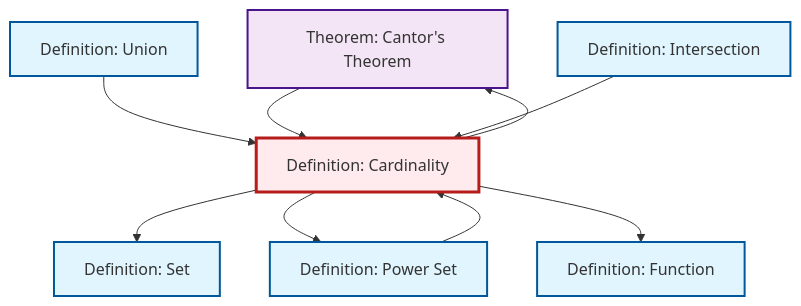
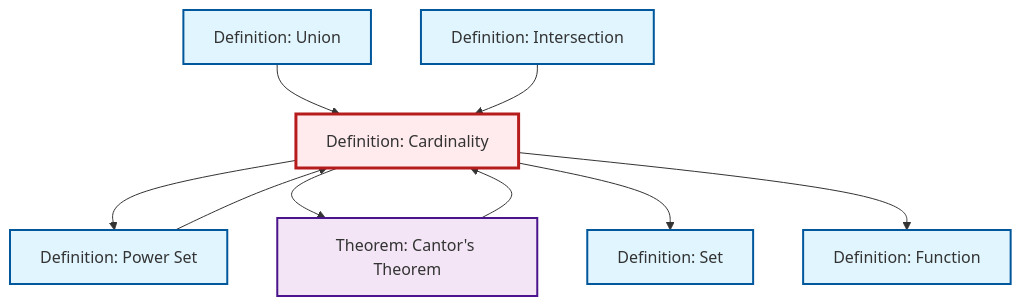
The diagram in content/ja/logic-set-theory/def-cardinality.qmd (RK0429/ModernMath), drawn with Mermaid before and after one commit. The commit also changed other lines of this file and 597 other files, not shown here.

````diff
--- a/content/ja/logic-set-theory/def-cardinality.qmd
+++ b/content/ja/logic-set-theory/def-cardinality.qmd
@@ -86,31 +86,31 @@
 ```{mermaid}
 %%| fig-cap: "Local dependency graph"
 graph TD
     classDef definition fill:#e1f5fe,stroke:#01579b,stroke-width:2px
     classDef theorem fill:#f3e5f5,stroke:#4a148c,stroke-width:2px
     classDef axiom fill:#fff3e0,stroke:#e65100,stroke-width:2px
     classDef example fill:#e8f5e9,stroke:#1b5e20,stroke-width:2px
     classDef current fill:#ffebee,stroke:#b71c1c,stroke-width:3px
-    thm-cantor["Theorem: Cantor's Theorem"]:::theorem
+    def-intersection["Definition: Intersection"]:::definition
     def-function["Definition: Function"]:::definition
-    def-power-set["Definition: Power Set"]:::definition
-    def-union["Definition: Union"]:::definition
-    def-intersection["Definition: Intersection"]:::definition
     def-cardinality["Definition: Cardinality"]:::definition
     def-set["Definition: Set"]:::definition
+    thm-cantor["Theorem: Cantor's Theorem"]:::theorem
+    def-union["Definition: Union"]:::definition
+    def-power-set["Definition: Power Set"]:::definition
+    def-power-set --> def-cardinality
+    thm-cantor --> def-cardinality
     def-union --> def-cardinality
-    def-cardinality --> def-set
     def-cardinality --> def-power-set
-    thm-cantor --> def-cardinality
-    def-cardinality --> def-function
-    def-power-set --> def-cardinality
     def-cardinality --> thm-cantor
     def-intersection --> def-cardinality
+    def-cardinality --> def-set
+    def-cardinality --> def-function
     class def-cardinality current
+    click def-intersection "def-intersection.html" "Definition: Intersectionへ"
+    click def-function "def-function.html" "Definition: Functionへ"
+    click def-set "def-set.html" "Definition: Setへ"
     click thm-cantor "thm-cantor.html" "Theorem: Cantor's Theoremへ"
-    click def-function "def-function.html" "Definition: Functionへ"
+    click def-union "def-union.html" "Definition: Unionへ"
     click def-power-set "def-power-set.html" "Definition: Power Setへ"
-    click def-union "def-union.html" "Definition: Unionへ"
-    click def-intersection "def-intersection.html" "Definition: Intersectionへ"
-    click def-set "def-set.html" "Definition: Setへ"
 ```
````
